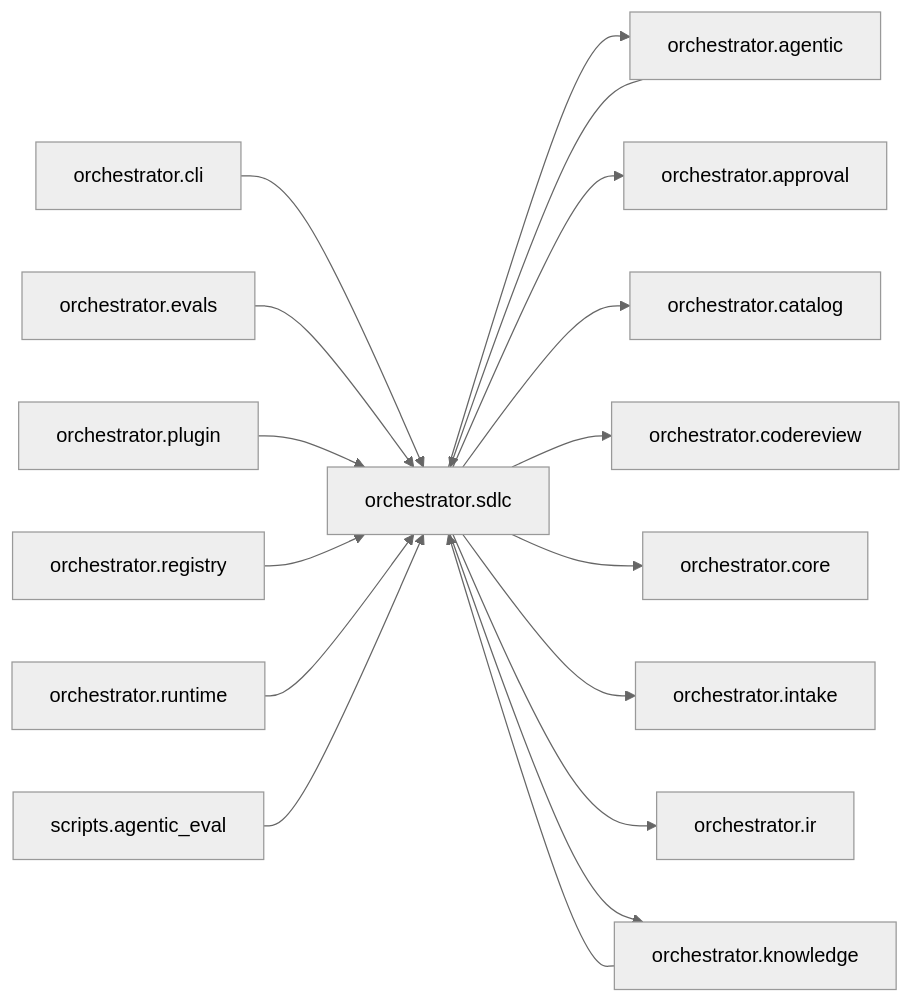
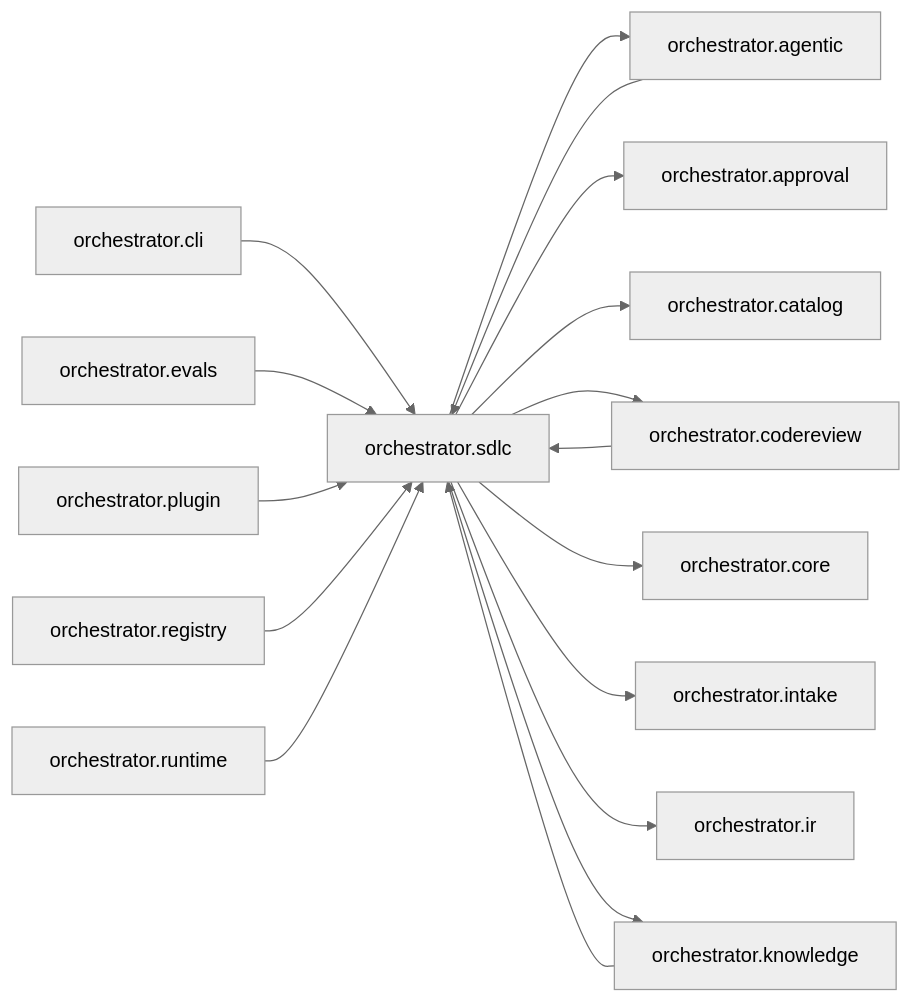
The diagram in episteme/areas/orchestrator.sdlc.md (synaptixs/spine), drawn with Mermaid (neutral theme) before and after one commit. The commit also changed other lines of this file and 12 other files, not shown here.

````diff
--- a/episteme/areas/orchestrator.sdlc.md
+++ b/episteme/areas/orchestrator.sdlc.md
@@ -8,34 +8,33 @@
 ```mermaid
 flowchart LR
   n0["orchestrator.sdlc"]
   n1["orchestrator.agentic"]
   n2["orchestrator.cli"]
-  n3["orchestrator.evals"]
-  n4["orchestrator.knowledge"]
-  n5["orchestrator.plugin"]
-  n6["orchestrator.registry"]
-  n7["orchestrator.runtime"]
-  n8["scripts.agentic_eval"]
+  n3["orchestrator.codereview"]
+  n4["orchestrator.evals"]
+  n5["orchestrator.knowledge"]
+  n6["orchestrator.plugin"]
+  n7["orchestrator.registry"]
+  n8["orchestrator.runtime"]
   n9["orchestrator.approval"]
   n10["orchestrator.catalog"]
-  n11["orchestrator.codereview"]
-  n12["orchestrator.core"]
-  n13["orchestrator.intake"]
-  n14["orchestrator.ir"]
+  n11["orchestrator.core"]
+  n12["orchestrator.intake"]
+  n13["orchestrator.ir"]
   n1 --> n0
   n2 --> n0
   n3 --> n0
   n4 --> n0
   n5 --> n0
   n6 --> n0
   n7 --> n0
   n8 --> n0
   n0 --> n1
   n0 --> n9
   n0 --> n10
+  n0 --> n3
   n0 --> n11
   n0 --> n12
   n0 --> n13
-  n0 --> n14
-  n0 --> n4
+  n0 --> n5
 ```
````
